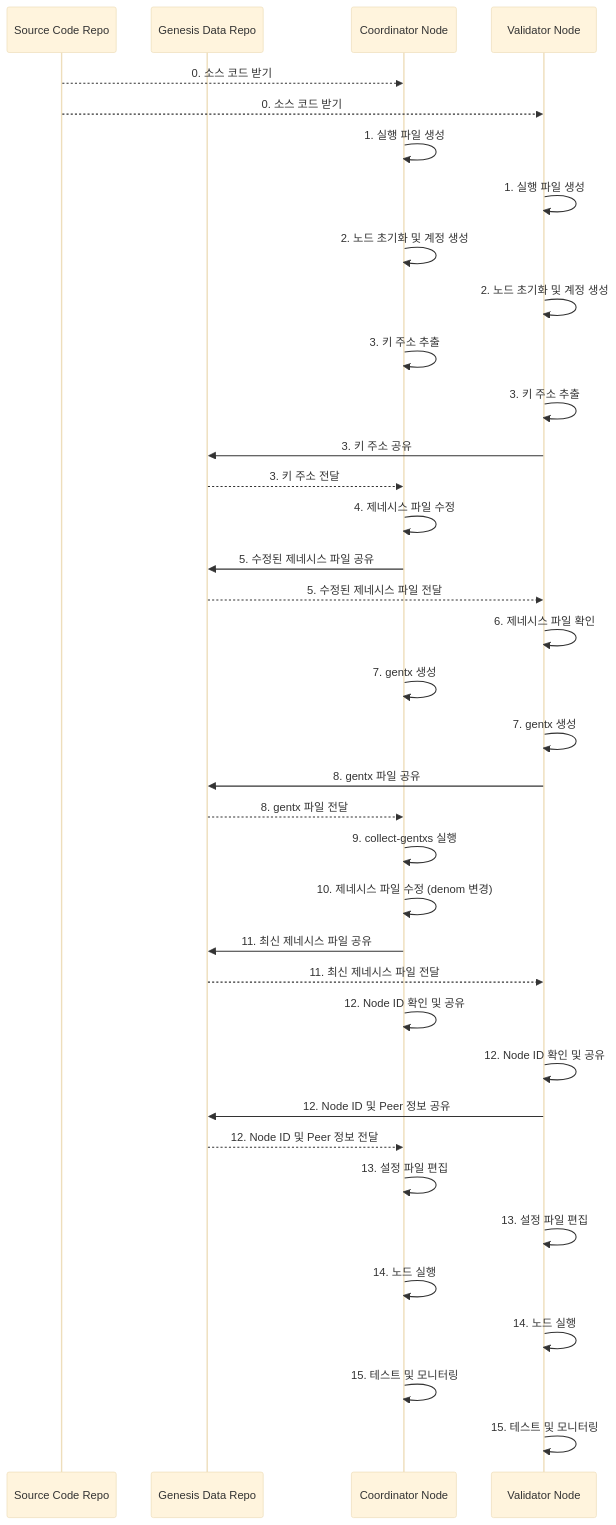
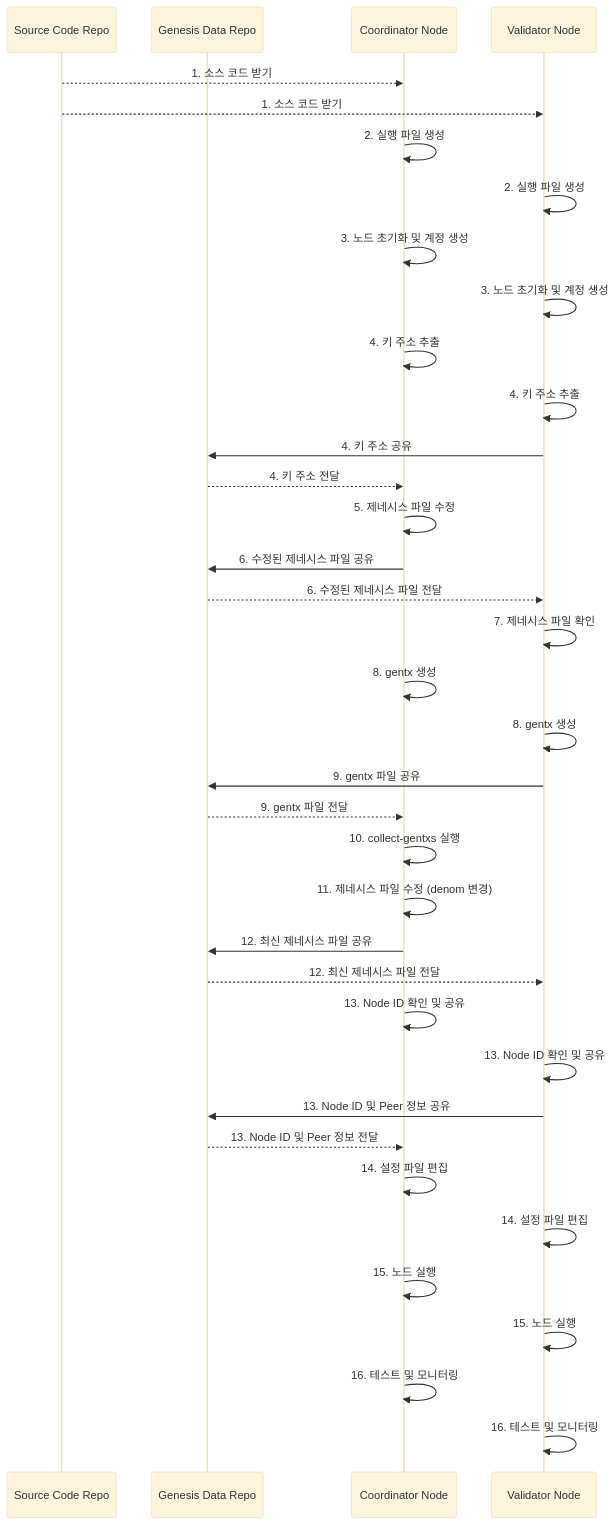
The diagram in manual/genesis-stage.md (kdkcom1234/mychain), drawn with Mermaid (base theme) before and after one commit. The commit also changed other lines of this file and 1 other file, not shown here.

````diff
--- a/manual/genesis-stage.md
+++ b/manual/genesis-stage.md
@@ -366,52 +50,52 @@
 ```mermaid
 sequenceDiagram
     participant SourceRepo as Source Code Repo
     participant GenesisRepo as Genesis Data Repo
     participant CoordNode as Coordinator Node
     participant ValidNode as Validator Node
 
-    SourceRepo-->>CoordNode: 0. 소스 코드 받기
-    SourceRepo-->>ValidNode: 0. 소스 코드 받기
+    SourceRepo-->>CoordNode: 1. 소스 코드 받기
+    SourceRepo-->>ValidNode: 1. 소스 코드 받기
 
-    CoordNode->>CoordNode: 1. 실행 파일 생성
-    ValidNode->>ValidNode: 1. 실행 파일 생성
+    CoordNode->>CoordNode: 2. 실행 파일 생성
+    ValidNode->>ValidNode: 2. 실행 파일 생성
 
-    CoordNode->>CoordNode: 2. 노드 초기화 및 계정 생성
-    ValidNode->>ValidNode: 2. 노드 초기화 및 계정 생성
+    CoordNode->>CoordNode: 3. 노드 초기화 및 계정 생성
+    ValidNode->>ValidNode: 3. 노드 초기화 및 계정 생성
 
-    CoordNode->>CoordNode: 3. 키 주소 추출
-    ValidNode->>ValidNode: 3. 키 주소 추출
-    ValidNode->>GenesisRepo: 3. 키 주소 공유
-    GenesisRepo-->>CoordNode: 3. 키 주소 전달
+    CoordNode->>CoordNode: 4. 키 주소 추출
+    ValidNode->>ValidNode: 4. 키 주소 추출
+    ValidNode->>GenesisRepo: 4. 키 주소 공유
+    GenesisRepo-->>CoordNode: 4. 키 주소 전달
 
-    CoordNode->>CoordNode: 4. 제네시스 파일 수정
-    CoordNode->>GenesisRepo: 5. 수정된 제네시스 파일 공유
-    GenesisRepo-->>ValidNode: 5. 수정된 제네시스 파일 전달
+    CoordNode->>CoordNode: 5. 제네시스 파일 수정
+    CoordNode->>GenesisRepo: 6. 수정된 제네시스 파일 공유
+    GenesisRepo-->>ValidNode: 6. 수정된 제네시스 파일 전달
 
-    ValidNode->>ValidNode: 6. 제네시스 파일 확인
+    ValidNode->>ValidNode: 7. 제네시스 파일 확인
 
-    CoordNode->>CoordNode: 7. gentx 생성
-    ValidNode->>ValidNode: 7. gentx 생성
-    ValidNode->>GenesisRepo: 8. gentx 파일 공유
-    GenesisRepo-->>CoordNode: 8. gentx 파일 전달
+    CoordNode->>CoordNode: 8. gentx 생성
+    ValidNode->>ValidNode: 8. gentx 생성
+    ValidNode->>GenesisRepo: 9. gentx 파일 공유
+    GenesisRepo-->>CoordNode: 9. gentx 파일 전달
 
-    CoordNode->>CoordNode: 9. collect-gentxs 실행
+    CoordNode->>CoordNode: 10. collect-gentxs 실행
 
-    CoordNode->>CoordNode: 10. 제네시스 파일 수정 (denom 변경)
-    CoordNode->>GenesisRepo: 11. 최신 제네시스 파일 공유
-    GenesisRepo-->>ValidNode: 11. 최신 제네시스 파일 전달
+    CoordNode->>CoordNode: 11. 제네시스 파일 수정 (denom 변경)
+    CoordNode->>GenesisRepo: 12. 최신 제네시스 파일 공유
+    GenesisRepo-->>ValidNode: 12. 최신 제네시스 파일 전달
 
-    CoordNode->>CoordNode: 12. Node ID 확인 및 공유
-    ValidNode->>ValidNode: 12. Node ID 확인 및 공유
-    ValidNode->>GenesisRepo: 12. Node ID 및 Peer 정보 공유
-    GenesisRepo-->>CoordNode: 12. Node ID 및 Peer 정보 전달
+    CoordNode->>CoordNode: 13. Node ID 확인 및 공유
+    ValidNode->>ValidNode: 13. Node ID 확인 및 공유
+    ValidNode->>GenesisRepo: 13. Node ID 및 Peer 정보 공유
+    GenesisRepo-->>CoordNode: 13. Node ID 및 Peer 정보 전달
 
-    CoordNode->>CoordNode: 13. 설정 파일 편집
-    ValidNode->>ValidNode: 13. 설정 파일 편집
+    CoordNode->>CoordNode: 14. 설정 파일 편집
+    ValidNode->>ValidNode: 14. 설정 파일 편집
 
-    CoordNode->>CoordNode: 14. 노드 실행
-    ValidNode->>ValidNode: 14. 노드 실행
+    CoordNode->>CoordNode: 15. 노드 실행
+    ValidNode->>ValidNode: 15. 노드 실행
 
-    CoordNode->>CoordNode: 15. 테스트 및 모니터링
-    ValidNode->>ValidNode: 15. 테스트 및 모니터링
+    CoordNode->>CoordNode: 16. 테스트 및 모니터링
+    ValidNode->>ValidNode: 16. 테스트 및 모니터링
 ```
````
